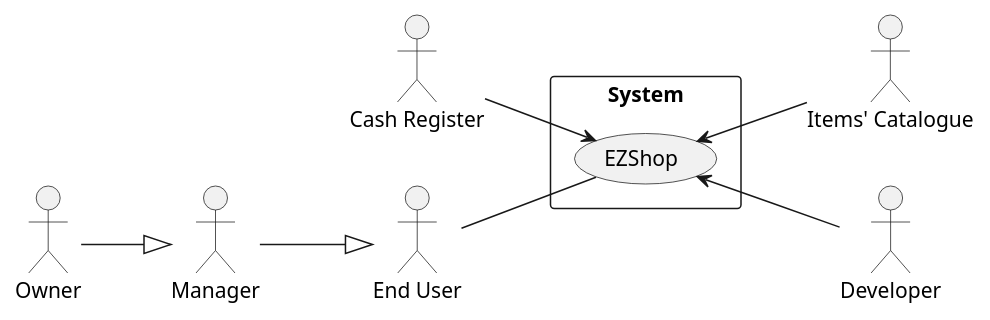
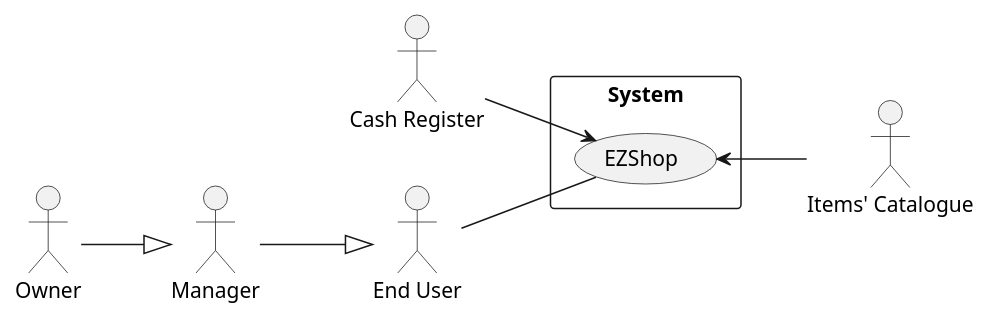
One commit to mspronesti/ezshop changed the diagram in Deliverables/RequirementsDocument.md. Above: the diagram before and after it, drawn with PlantUML. The commit also changed other lines of this file and 1 other file, not shown here.

````diff
--- a/Deliverables/RequirementsDocument.md
+++ b/Deliverables/RequirementsDocument.md
@@ -52,28 +52,28 @@
 ```plantuml
 @startuml
 skinparam packageStyle rectangle
 left to right direction
 
 actor :End User: as eu
 actor :Manager: as m
 actor :Owner: as o
 actor :Cash Register: as cr
 actor :Items' Catalogue: as ic
-actor :Developer: as dev
+
 
 
 m --|> eu
 o --|> m
 
 
 rectangle System{
 (EZShop) as ez	
-ez <-- dev
+
 cr --> ez 
 ez <-- ic
 eu -- ez
 }
 
 
 @enduml
 ```
````
